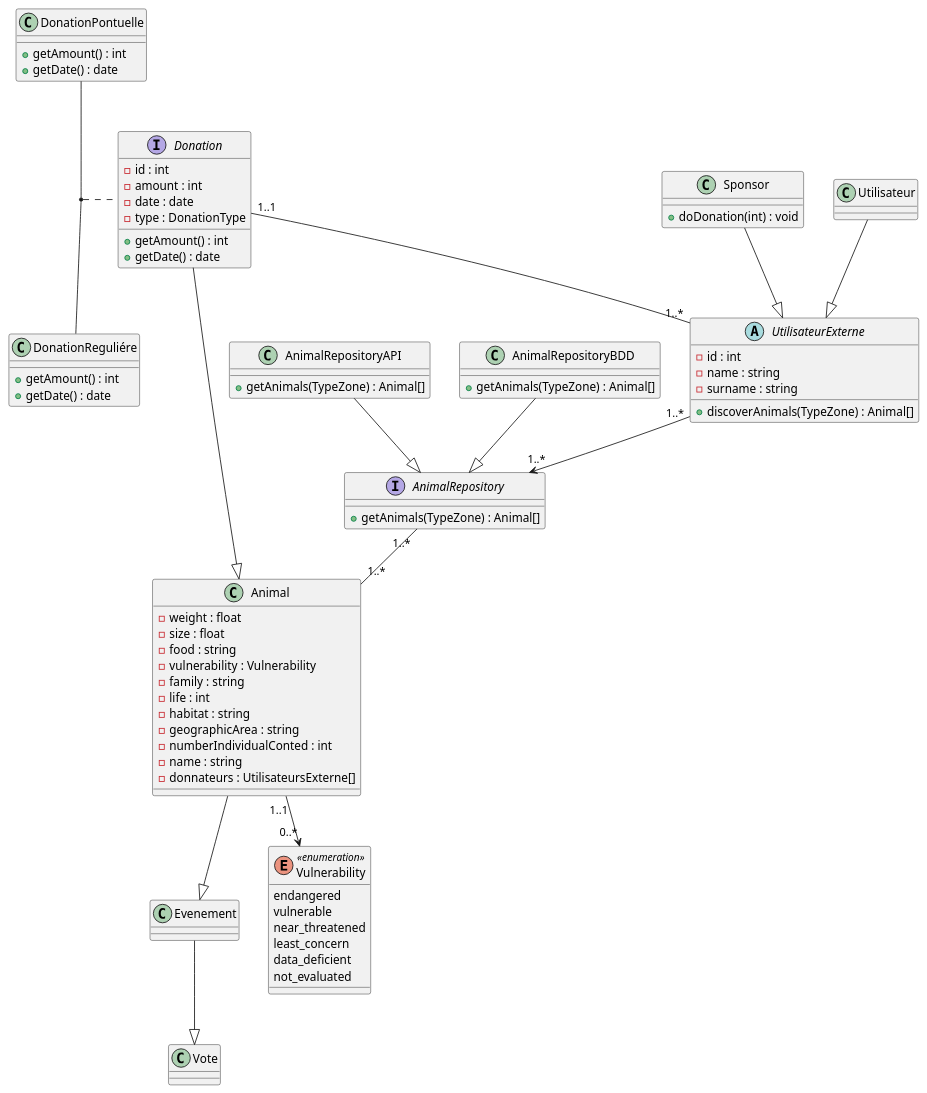
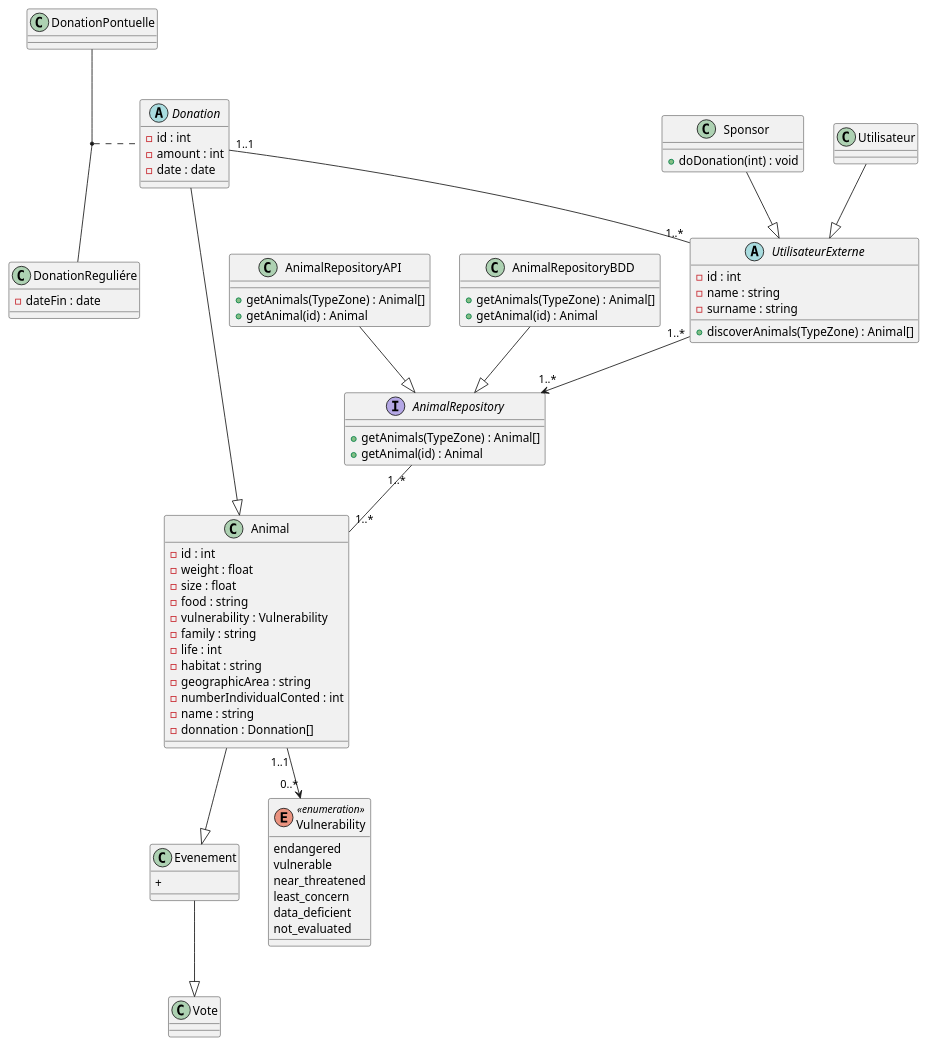
Before and after one commit to ClementZajac/Cours: the diagram in AP5/COO/TP DIAGRAMME/Question 2 - Diagramme des classes - MATANGA Allan ZAJAC Clément.puml, drawn with PlantUML. The commit also changed 2 other files, not shown here.

```diff
--- a/AP5/COO/TP DIAGRAMME/Question 2 - Diagramme des classes - MATANGA Allan ZAJAC Clément.puml
+++ b/AP5/COO/TP DIAGRAMME/Question 2 - Diagramme des classes - MATANGA Allan ZAJAC Clément.puml
@@ -1,98 +1,99 @@
 @startuml
 abstract UtilisateurExterne{
   - id : int
   - name : string
   - surname : string
   + discoverAnimals(TypeZone) : Animal[]
 }
 
 class Sponsor{
   + doDonation(int) : void
 }
 
 class Utilisateur{
 
 }
 Sponsor --|> UtilisateurExterne
 Utilisateur --|> UtilisateurExterne
 
-interface Donation{
+abstract Donation{
   - id : int
   - amount : int
   - date : date
-  - type : DonationType
-  + getAmount() : int
-  + getDate() : date
 }
 
 class DonationReguliére{
-  + getAmount() : int
-  + getDate() : date
+  - dateFin : date
 }
 
 class DonationPontuelle{
-  + getAmount() : int
-  + getDate() : date
 }
 (DonationPontuelle, DonationReguliére) . Donation
 
-class Evenement
+class Evenement{
+  + 
+}
 class Vote{
   
 }
 
 Donation --|> Animal
 Animal --|> Evenement
 Evenement --|> Vote
 
 Donation "1..1" -- "1..*" UtilisateurExterne
 
 AnimalRepositoryAPI --|> AnimalRepository
 AnimalRepositoryBDD --|> AnimalRepository
 
 AnimalRepository "1..*" -- "1..*" Animal
 
 class Animal{
+    - id : int
     - weight : float
     - size : float
     - food : string
     - vulnerability : Vulnerability
     - family : string
     - life : int
     - habitat : string
     - geographicArea : string
     - numberIndividualConted : int
     - name : string
-    - donnateurs : UtilisateursExterne[]
+    - donnation : Donnation[]
 }
 
 Animal "1..1" --> "0..*" Vulnerability
 
 enum Vulnerability <<enumeration>> {
   endangered
   vulnerable
   near_threatened
   least_concern
   data_deficient
   not_evaluated
 }
 
 UtilisateurExterne "1..*" --> "1..*" AnimalRepository
 
 interface AnimalRepository{
   + getAnimals(TypeZone) : Animal[]
+  + getAnimal(id) : Animal
+
 }
 
 class AnimalRepositoryBDD{
   + getAnimals(TypeZone) : Animal[]
+  + getAnimal(id) : Animal
 }
 
 class AnimalRepositoryAPI{
   + getAnimals(TypeZone) : Animal[]
+  + getAnimal(id) : Animal
 }
 
 
 
 
 
 @enduml
```
